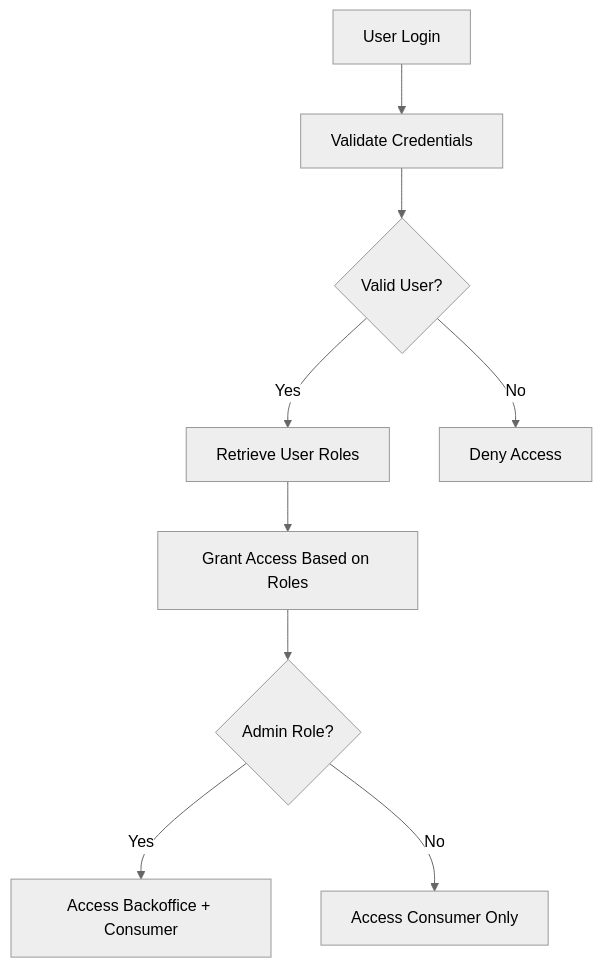
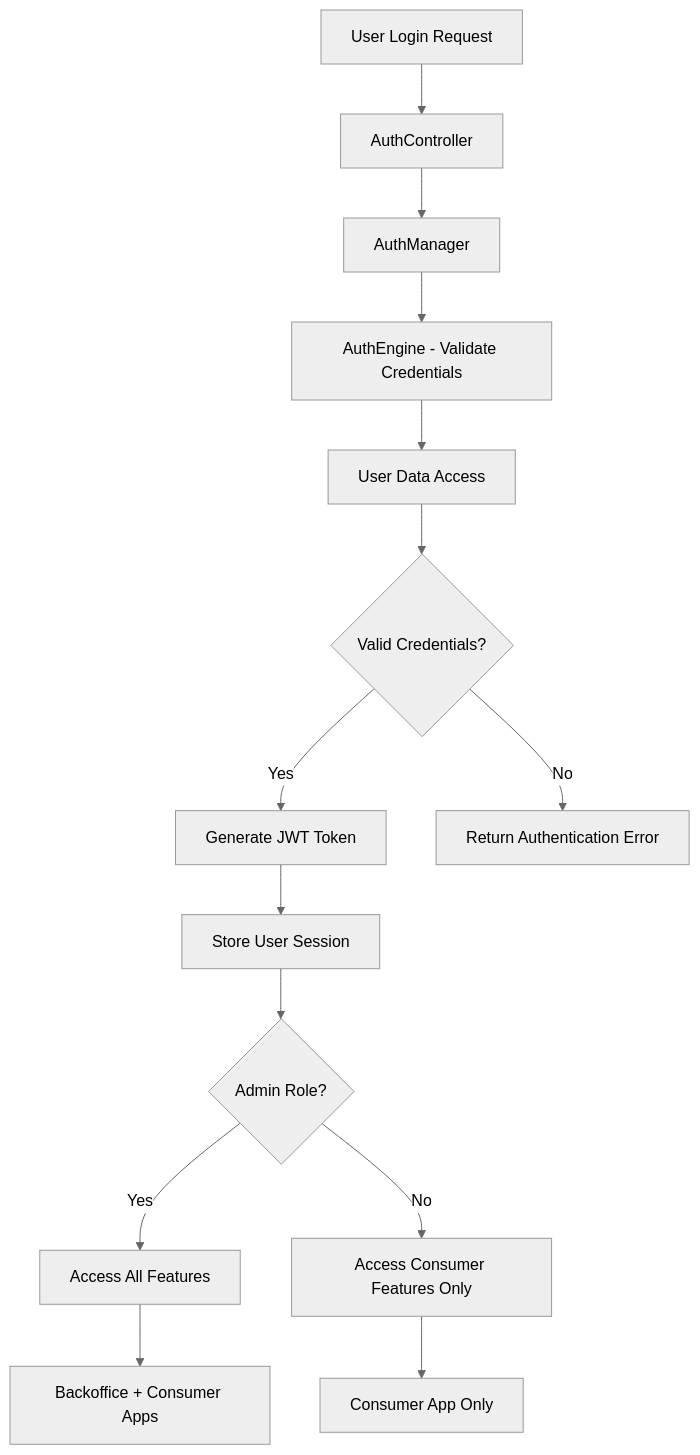
Before and after one commit to jsolarz/fligh_board-rt-ms: the first of 11 diagrams in docs/use_cases.md, drawn with Mermaid (neutral theme). The commit also changed other lines of this file and 66 other files, not shown here.

````diff
--- a/docs/use_cases.md
+++ b/docs/use_cases.md
@@ -27,11 +40,16 @@
 ```mermaid
 graph TD
-    A[User Login] --> B[Validate Credentials]
-    B --> C{Valid User?}
-    C -- Yes --> D[Retrieve User Roles]
-    D --> E[Grant Access Based on Roles]
-    C -- No --> F[Deny Access]
-    E --> G{Admin Role?}
-    G -- Yes --> H[Access Backoffice + Consumer]
-    G -- No --> I[Access Consumer Only]
+    A[User Login Request] --> B[AuthController]
+    B --> C[AuthManager]
+    C --> D[AuthEngine - Validate Credentials]
+    D --> E[User Data Access]
+    E --> F{Valid Credentials?}
+    F -- Yes --> G[Generate JWT Token]
+    F -- No --> H[Return Authentication Error]
+    G --> I[Store User Session]
+    I --> J{Admin Role?}
+    J -- Yes --> K[Access All Features]
+    J -- No --> L[Access Consumer Features Only]
+    K --> M[Backoffice + Consumer Apps]
+    L --> N[Consumer App Only]
 ```
````
